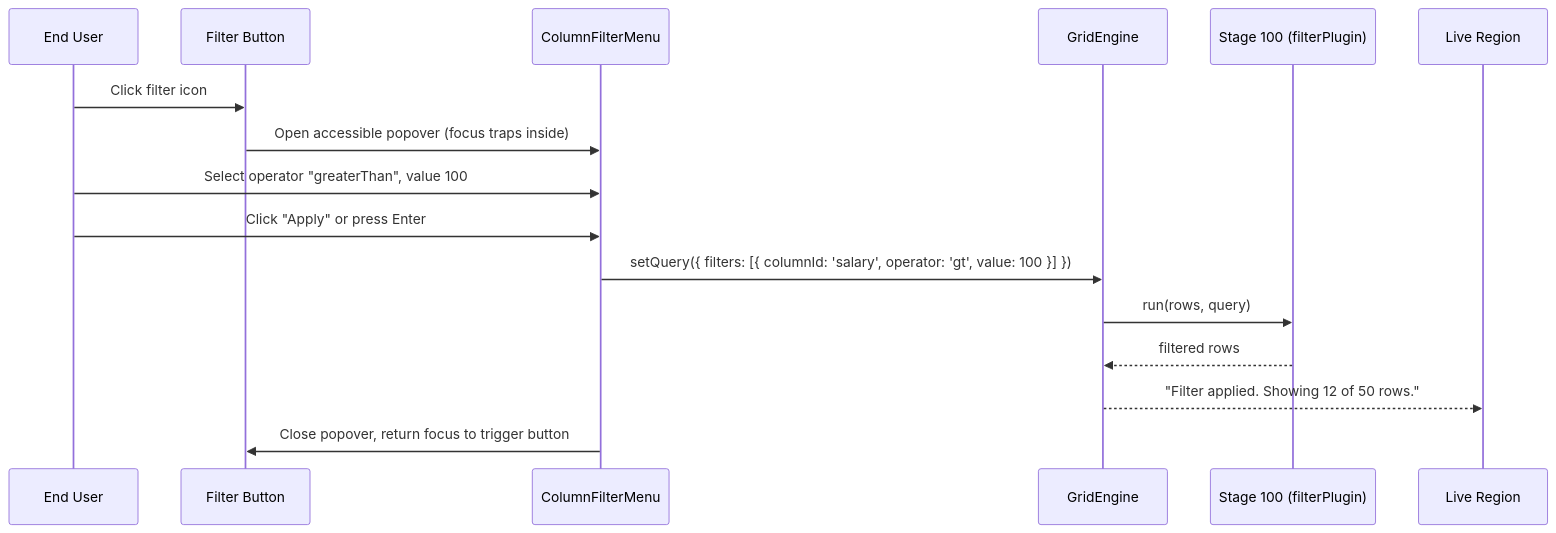
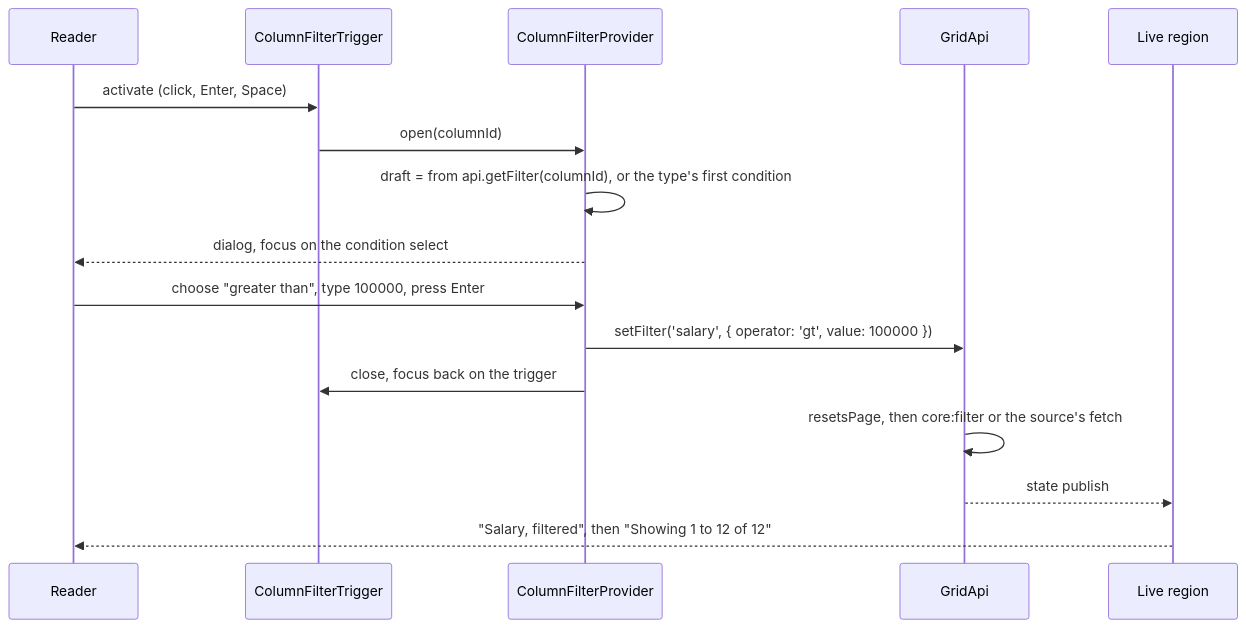
The diagram in specs/column-filtering/plan.md (yaotzin1/apsw-gridwright), drawn with Mermaid before and after one commit. The commit also changed other lines of this file and 201 other files, not shown here.

First line of the commit message:
feat(react)!: every feature is an add-on, column filters, and a security gate with no exceptions (#7)

````diff
--- a/specs/column-filtering/plan.md
+++ b/specs/column-filtering/plan.md
@@ -17,19 +29,19 @@
 ```mermaid
 sequenceDiagram
-    participant User as End User
-    participant Trigger as Filter Button
-    participant Popover as ColumnFilterMenu
-    participant Engine as GridEngine
-    participant FilterStage as Stage 100 (filterPlugin)
-    participant LiveRegion as Live Region
+    participant Reader
+    participant Trigger as ColumnFilterTrigger
+    participant Provider as ColumnFilterProvider
+    participant Engine as GridApi
+    participant Region as Live region
 
-    User->>Trigger: Click filter icon
-    Trigger->>Popover: Open accessible popover (focus traps inside)
-    User->>Popover: Select operator "greaterThan", value 100
-    User->>Popover: Click "Apply" or press Enter
-    Popover->>Engine: setQuery({ filters: [{ columnId: 'salary', operator: 'gt', value: 100 }] })
-    Engine->>FilterStage: run(rows, query)
-    FilterStage-->>Engine: filtered rows
-    Engine-->>LiveRegion: "Filter applied. Showing 12 of 50 rows."
-    Popover->>Trigger: Close popover, return focus to trigger button
+    Reader->>Trigger: activate (click, Enter, Space)
+    Trigger->>Provider: open(columnId)
+    Provider->>Provider: draft = from api.getFilter(columnId), or the type's first condition
+    Provider-->>Reader: dialog, focus on the condition select
+    Reader->>Provider: choose "greater than", type 100000, press Enter
+    Provider->>Engine: setFilter('salary', { operator: 'gt', value: 100000 })
+    Provider->>Trigger: close, focus back on the trigger
+    Engine->>Engine: resetsPage, then core:filter or the source's fetch
+    Engine-->>Region: state publish
+    Region-->>Reader: "Salary, filtered", then "Showing 1 to 12 of 12"
 ```
````
